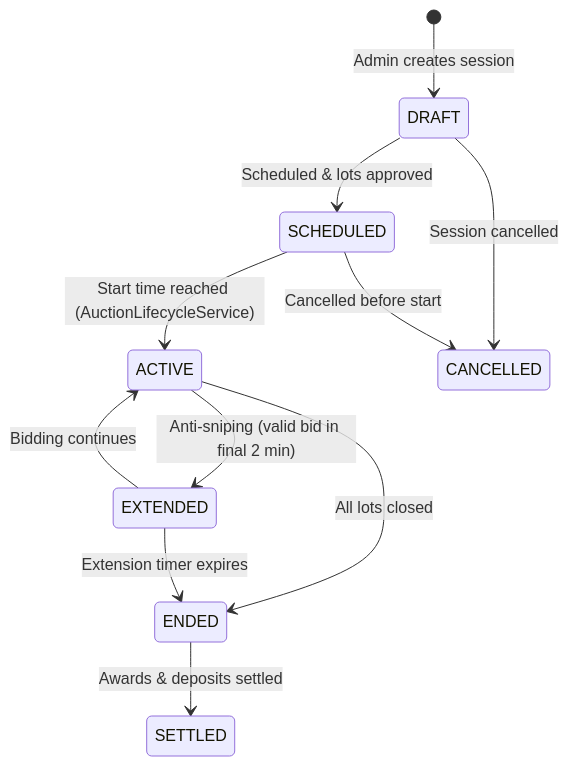
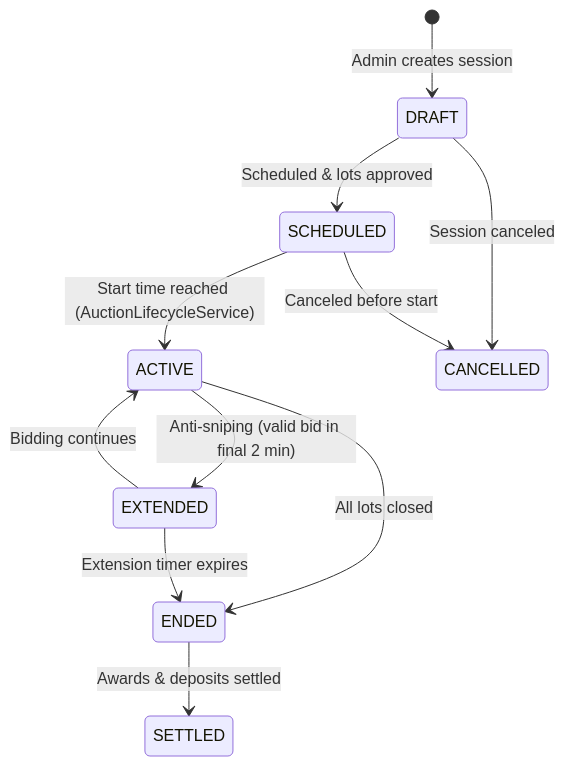
One commit to MinhPhuc00ne/project-nexus changed the third of 3 diagrams in docs/docs/architecture/state-machines.md. Above: the diagram before and after it, drawn with Mermaid. The commit also changed 14 other files, not shown here.

````diff
--- a/docs/docs/architecture/state-machines.md
+++ b/docs/docs/architecture/state-machines.md
@@ -51,13 +51,13 @@
 ```mermaid
 stateDiagram-v2
     [*] --> DRAFT : Admin creates session
     DRAFT --> SCHEDULED : Scheduled & lots approved
     SCHEDULED --> ACTIVE : Start time reached (AuctionLifecycleService)
     ACTIVE --> EXTENDED : Anti-sniping (valid bid in final 2 min)
     EXTENDED --> ACTIVE : Bidding continues
     ACTIVE --> ENDED : All lots closed
     EXTENDED --> ENDED : Extension timer expires
     ENDED --> SETTLED : Awards & deposits settled
-    DRAFT --> CANCELLED : Session cancelled
-    SCHEDULED --> CANCELLED : Cancelled before start
+    DRAFT --> CANCELLED : Session canceled
+    SCHEDULED --> CANCELLED : Canceled before start
 ```
````
